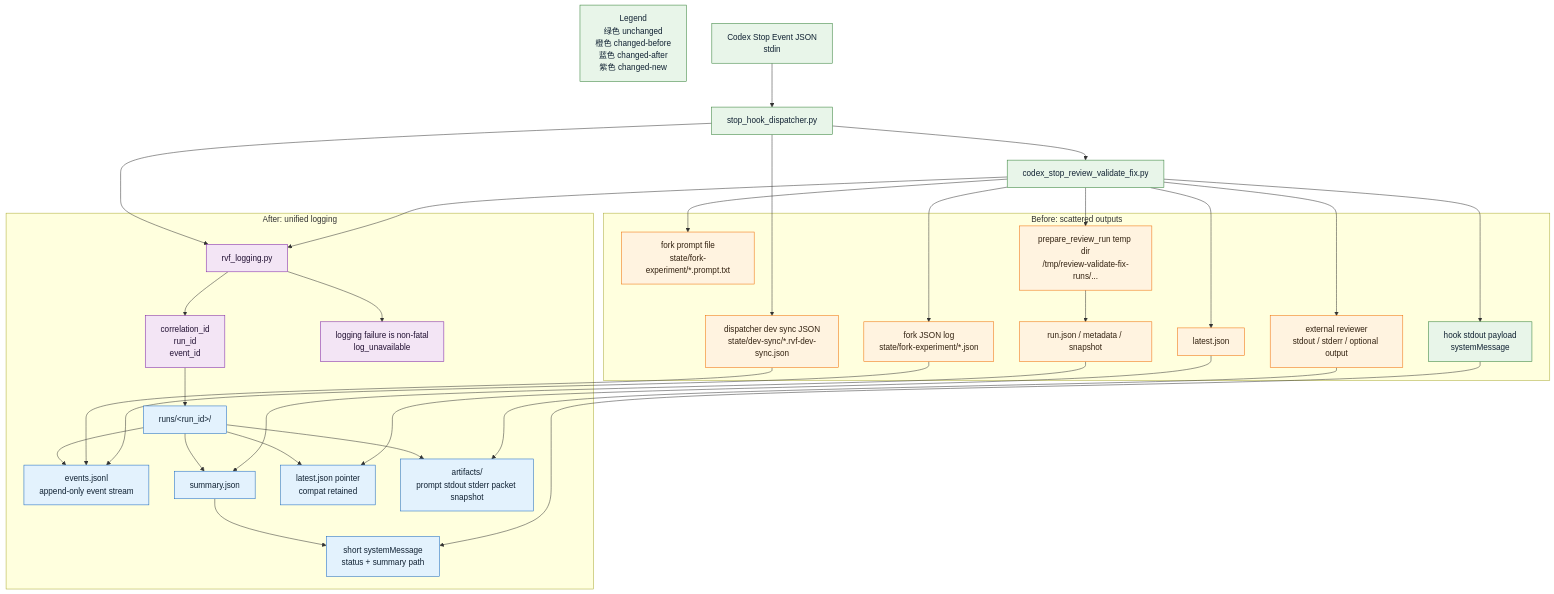
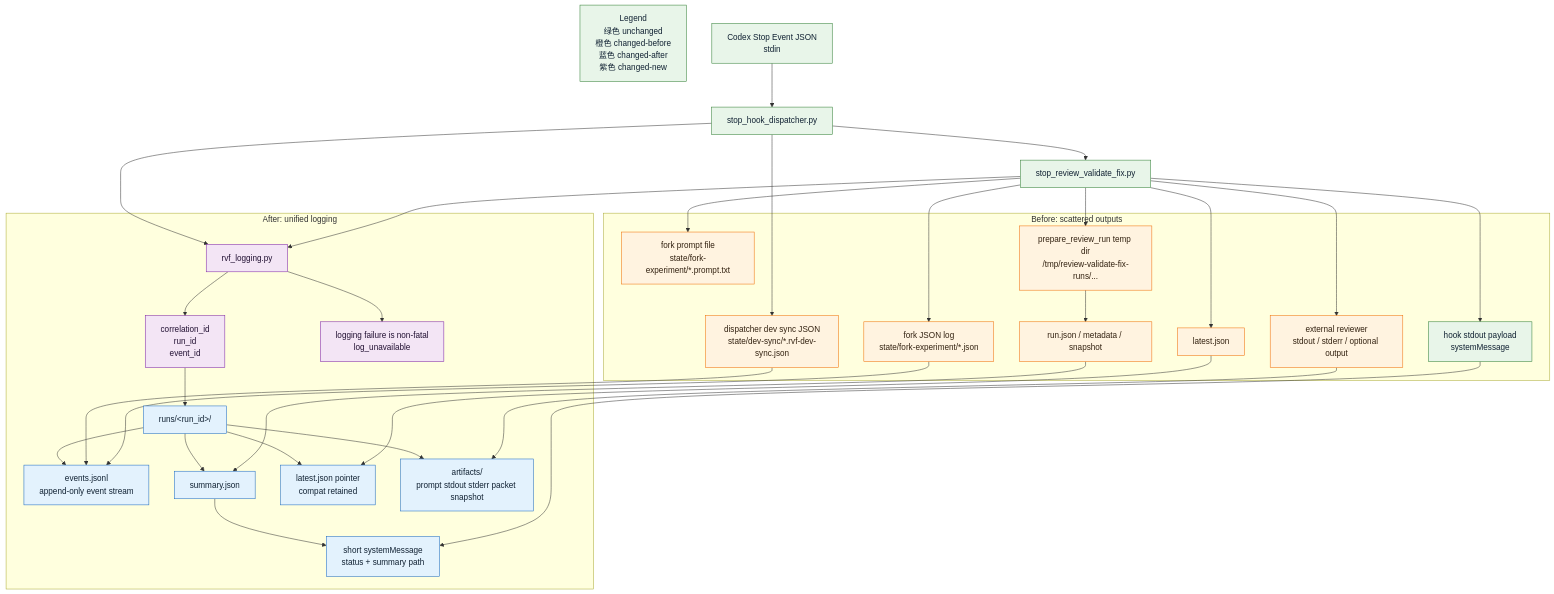
One commit to RealmX1/review-validate-fix changed the diagram in docs/logging-overhaul.md. Above: the diagram before and after it, drawn with Mermaid. The commit also changed other lines of this file and 40 other files, not shown here.

````diff
--- a/docs/logging-overhaul.md
+++ b/docs/logging-overhaul.md
@@ -58,66 +58,66 @@
 ```mermaid
 flowchart TD
   Legend["Legend<br/>绿色 unchanged<br/>橙色 changed-before<br/>蓝色 changed-after<br/>紫色 changed-new"]:::unchanged
 
   Event["Codex Stop Event JSON<br/>stdin"]:::unchanged
   Dispatcher["stop_hook_dispatcher.py"]:::unchanged
-  Hook["codex_stop_review_validate_fix.py"]:::unchanged
+  Hook["stop_review_validate_fix.py"]:::unchanged
 
   Event --> Dispatcher
   Dispatcher --> Hook
 
   subgraph Before["Before: scattered outputs"]
     BeforeDevSync["dispatcher dev sync JSON<br/>state/dev-sync/*.rvf-dev-sync.json"]:::changedBefore
     BeforeSystem["hook stdout payload<br/>systemMessage"]:::unchanged
     BeforePrompt["fork prompt file<br/>state/fork-experiment/*.prompt.txt"]:::changedBefore
     BeforeForkJson["fork JSON log<br/>state/fork-experiment/*.json"]:::changedBefore
     BeforeLatest["latest.json"]:::changedBefore
     BeforeRunDir["prepare_review_run temp dir<br/>/tmp/review-validate-fix-runs/..."]:::changedBefore
     BeforeRunJson["run.json / metadata / snapshot"]:::changedBefore
     BeforeReviewer["external reviewer<br/>stdout / stderr / optional output"]:::changedBefore
   end
 
   subgraph After["After: unified logging"]
     NewHelper["rvf_logging.py"]:::changedNew
     NewIds["correlation_id<br/>run_id<br/>event_id"]:::changedNew
     AfterRunDir["runs/&lt;run_id&gt;/"]:::changedAfter
     AfterEvents["events.jsonl<br/>append-only event stream"]:::changedAfter
     AfterSummary["summary.json"]:::changedAfter
     AfterLatest["latest.json pointer<br/>compat retained"]:::changedAfter
     AfterArtifacts["artifacts/<br/>prompt stdout stderr packet snapshot"]:::changedAfter
     AfterSystem["short systemMessage<br/>status + summary path"]:::changedAfter
     NewFailure["logging failure is non-fatal<br/>log_unavailable"]:::changedNew
   end
 
   Dispatcher --> BeforeDevSync
   Hook --> BeforeSystem
   Hook --> BeforePrompt
   Hook --> BeforeForkJson
   Hook --> BeforeLatest
   Hook --> BeforeRunDir
   BeforeRunDir --> BeforeRunJson
   Hook --> BeforeReviewer
 
   Dispatcher --> NewHelper
   Hook --> NewHelper
   NewHelper --> NewIds
   NewIds --> AfterRunDir
   AfterRunDir --> AfterEvents
   AfterRunDir --> AfterSummary
   AfterRunDir --> AfterLatest
   AfterRunDir --> AfterArtifacts
   AfterSummary --> AfterSystem
   NewHelper --> NewFailure
 
   BeforeDevSync --> AfterEvents
   BeforeForkJson --> AfterEvents
   BeforeLatest --> AfterLatest
   BeforeRunJson --> AfterSummary
   BeforeReviewer --> AfterArtifacts
   BeforeSystem --> AfterSystem
 
   classDef unchanged fill:#E8F5E9,stroke:#2E7D32,color:#123;
   classDef changedBefore fill:#FFF3E0,stroke:#EF6C00,color:#321;
   classDef changedAfter fill:#E3F2FD,stroke:#1565C0,color:#123;
   classDef changedNew fill:#F3E5F5,stroke:#7B1FA2,color:#213;
 ```
````
